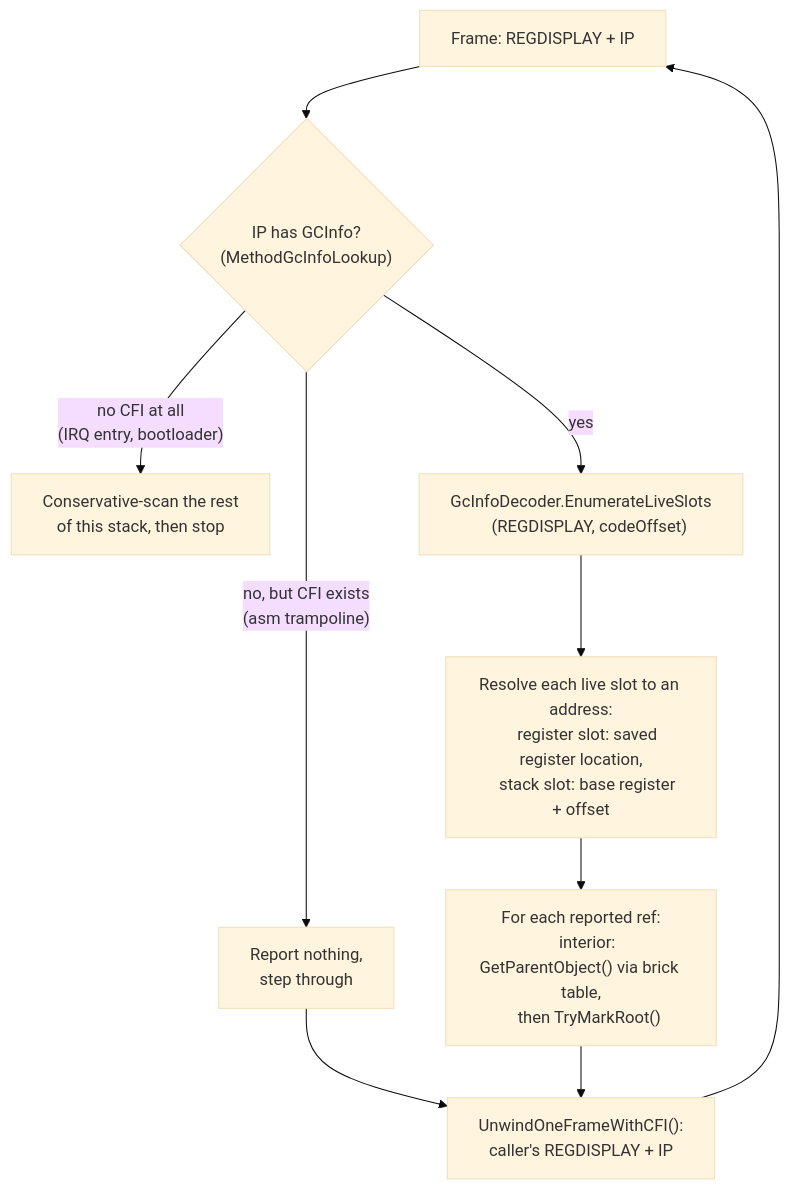
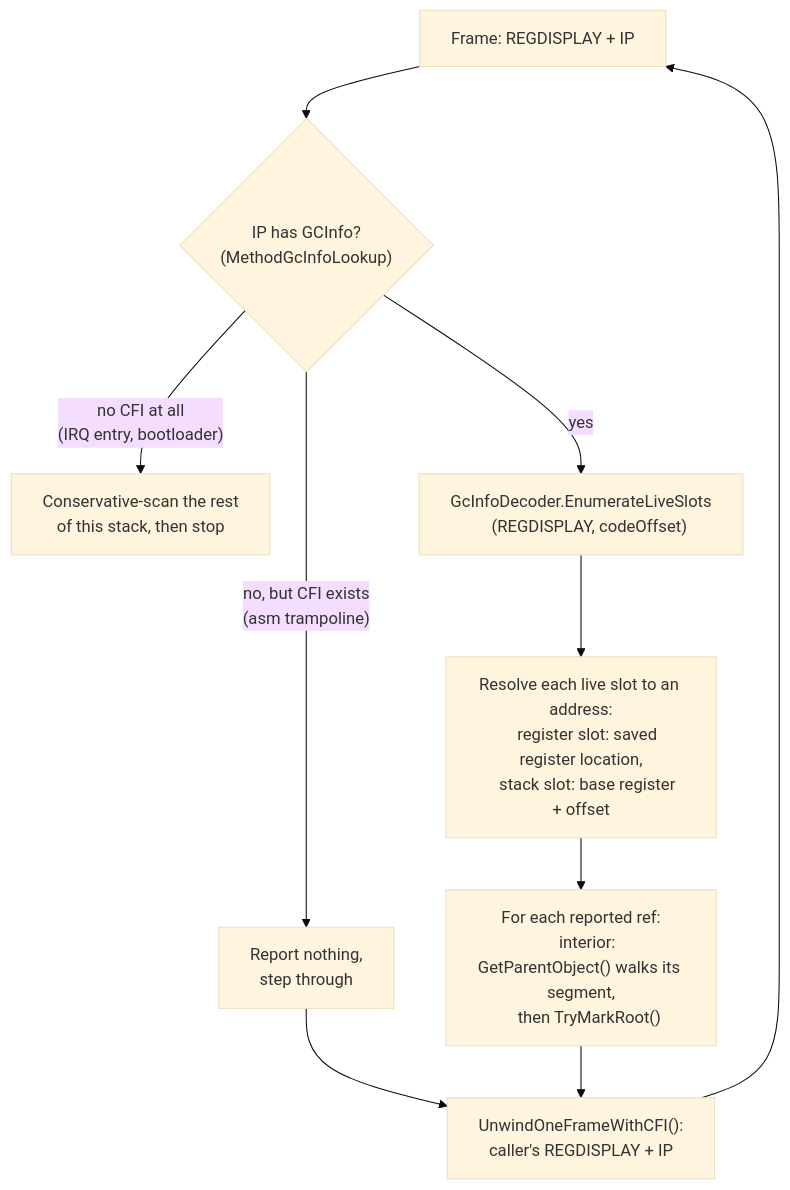
One commit to CosmosOS/Cosmos changed the diagram in docs/articles/dev/garbage-collector-gcinfo.md. Above: the diagram before and after it, drawn with Mermaid (base theme). The commit also changed other lines of this file and 1 other file, not shown here.

Commit message:
📝 Describe the interior-pointer lookup in the GC docs

````diff
--- a/docs/articles/dev/garbage-collector-gcinfo.md
+++ b/docs/articles/dev/garbage-collector-gcinfo.md
@@ -104,23 +104,23 @@
 ```mermaid
 flowchart TD
     START["Frame: REGDISPLAY + IP"] --> LOOKUP{"IP has GCInfo?
     (MethodGcInfoLookup)"}
     LOOKUP -->|"no, but CFI exists
     (asm trampoline)"| STEP["Report nothing,
     step through"]
     LOOKUP -->|"no CFI at all
     (IRQ entry, bootloader)"| FALLBACK["Conservative-scan the rest
     of this stack, then stop"]
     LOOKUP -->|yes| DECODE["GcInfoDecoder.EnumerateLiveSlots
     (REGDISPLAY, codeOffset)"]
     DECODE --> RESOLVE["Resolve each live slot to an address:
     register slot: saved register location,
     stack slot: base register + offset"]
     RESOLVE --> MARK["For each reported ref:
-    interior: GetParentObject() via brick table,
+    interior: GetParentObject() walks its segment,
     then TryMarkRoot()"]
     STEP --> UNWIND
     MARK --> UNWIND["UnwindOneFrameWithCFI():
     caller's REGDISPLAY + IP"]
     UNWIND --> START
 ```
````
